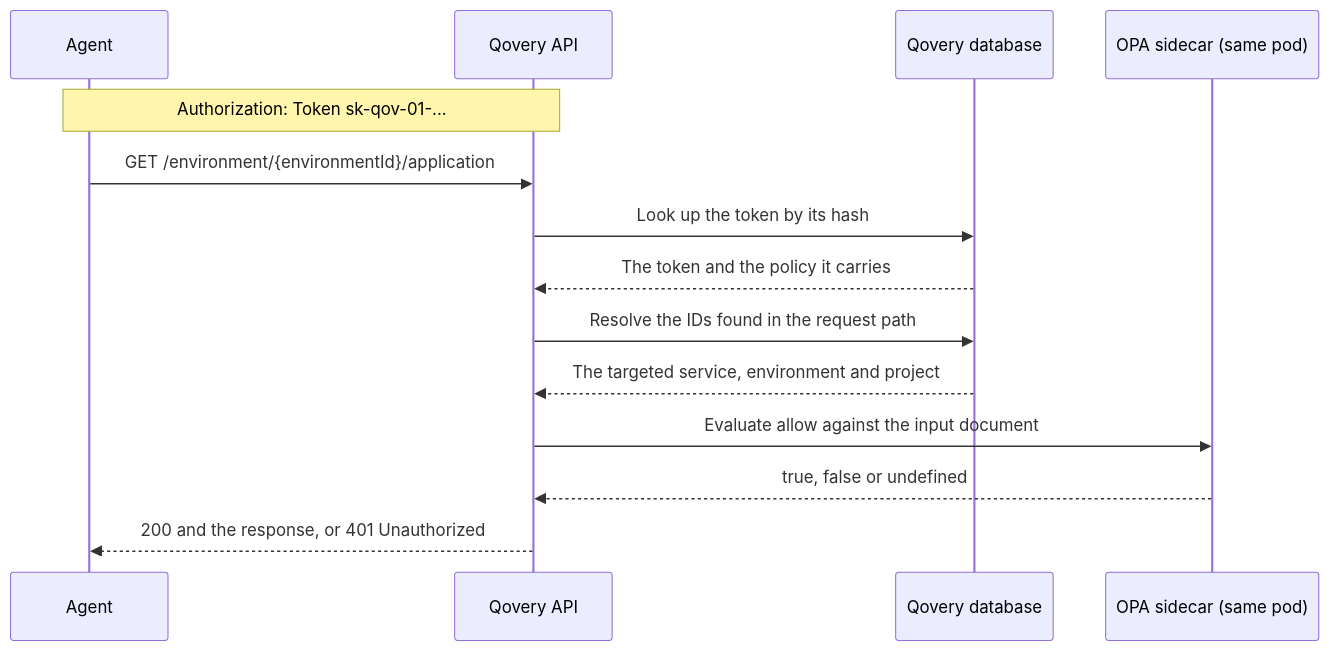
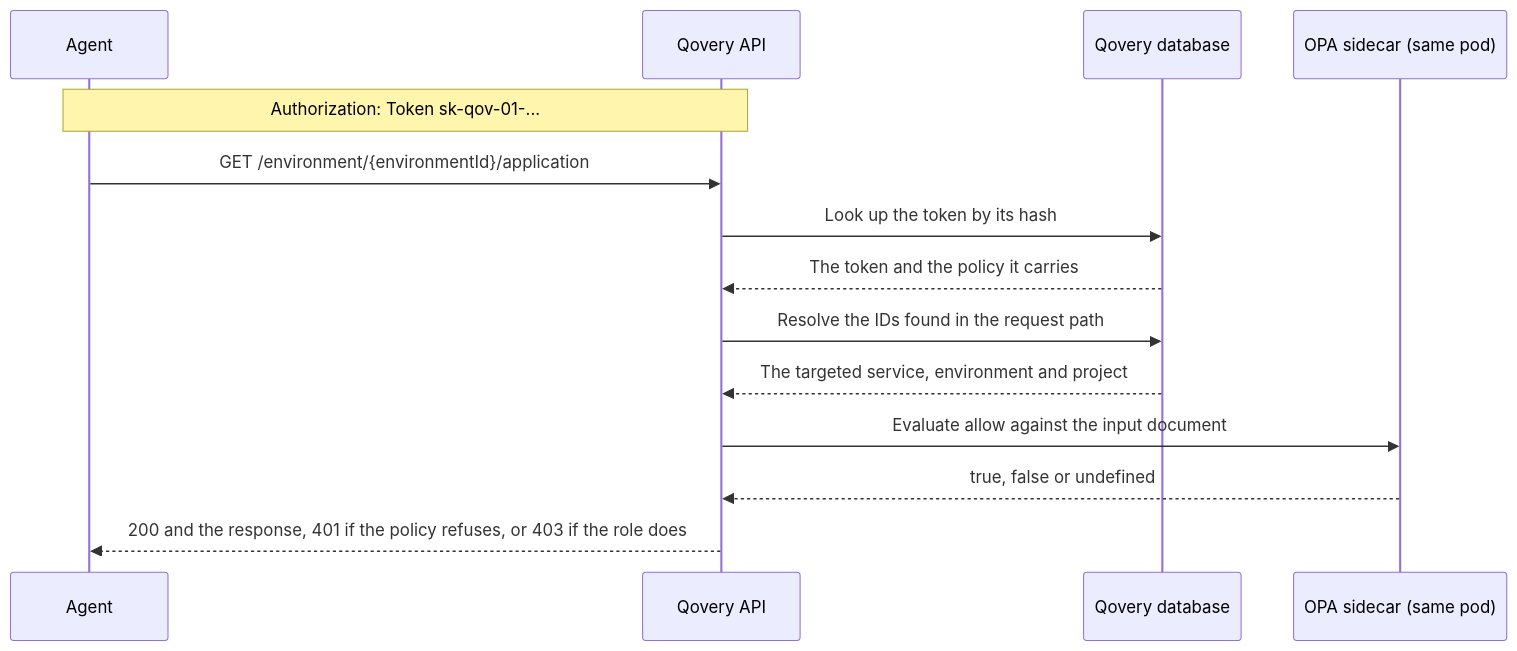
The diagram in docs/configuration/organization/api-policy-token.mdx (Qovery/documentation), drawn with Mermaid before and after one commit. The commit also changed other lines of this file and 33 other files, not shown here.

````diff
--- a/docs/configuration/organization/api-policy-token.mdx
+++ b/docs/configuration/organization/api-policy-token.mdx
@@ -45,17 +45,17 @@
 ```mermaid
 sequenceDiagram
     participant Agent
     participant API as Qovery API
     participant DB as Qovery database
     participant OPA as OPA sidecar (same pod)
 
     Note over Agent,API: Authorization: Token sk-qov-01-...
     Agent->>API: GET /environment/{environmentId}/application
     API->>DB: Look up the token by its hash
     DB-->>API: The token and the policy it carries
     API->>DB: Resolve the IDs found in the request path
     DB-->>API: The targeted service, environment and project
     API->>OPA: Evaluate allow against the input document
     OPA-->>API: true, false or undefined
-    API-->>Agent: 200 and the response, or 401 Unauthorized
+    API-->>Agent: 200 and the response, 401 if the policy refuses, or 403 if the role does
 ```
````
